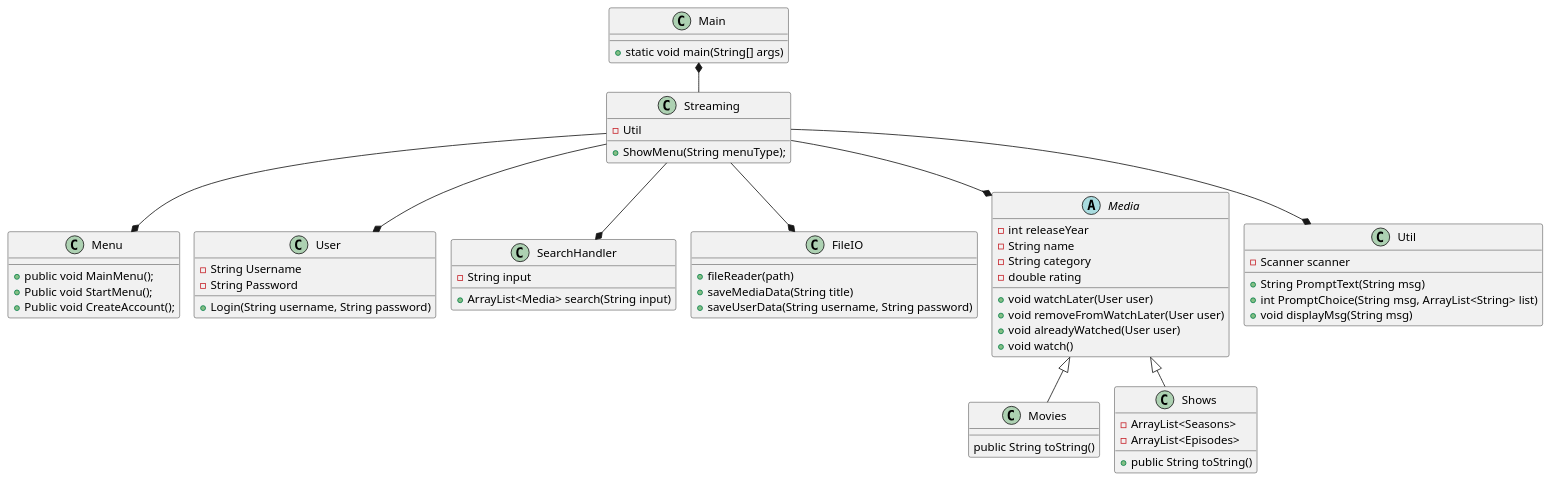
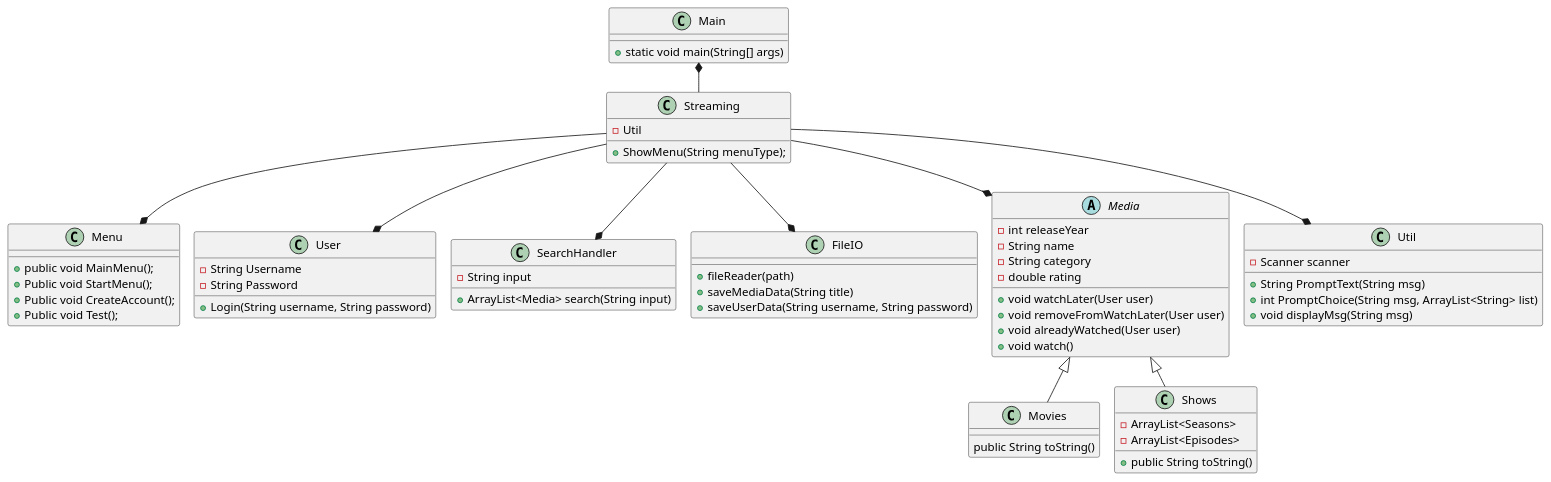
Before and after one commit to ValdemarLarsen02/SP3GruppeD: the diagram in Docs/ClassDiagram.puml, drawn with PlantUML.

Commit message:
Virker det her micke

```diff
--- a/Docs/ClassDiagram.puml
+++ b/Docs/ClassDiagram.puml
@@ -1,79 +1,80 @@
 @startuml
 !pragma layout smetana
 
 Class Main{
 +static void main(String[] args)
 }
 
 Class Menu{
  + public void MainMenu();
  + Public void StartMenu();
  + Public void CreateAccount();
+ + Public void Test();
 }
 
 
 
 Class Streaming {
     -Util
     + ShowMenu(String menuType);
 }
 
 Class User{
 - String Username
 - String Password
 + Login(String username, String password)
 }
 
 Class SearchHandler {
 - String input
 + ArrayList<Media> search(String input)
 
 }
 
 Class FileIO{
 + fileReader(path)
 + saveMediaData(String title)
 + saveUserData(String username, String password)
 }
 
 Abstract Media{
 - int releaseYear
 - String name
 - String category
 - double rating
 + void watchLater(User user)
 + void removeFromWatchLater(User user)
 + void alreadyWatched(User user)
 + void watch()
 }
 
 Class Util{
 - Scanner scanner
 + String PromptText(String msg)
 + int PromptChoice(String msg, ArrayList<String> list)
 + void displayMsg(String msg)
 }
 
 Class Movies{
 public String toString()
 }
 
 Class Shows{
 - ArrayList<Seasons>
 - ArrayList<Episodes>
 + public String toString()
 }
 
 Main *-- Streaming
 Streaming--* User
 Streaming --* FileIO
 Streaming --* Menu
 Streaming --* Media
 Media <|-- Movies
 Media <|-- Shows
 Streaming --* SearchHandler
 Streaming --* Util
 
 
 
 @enduml
```
